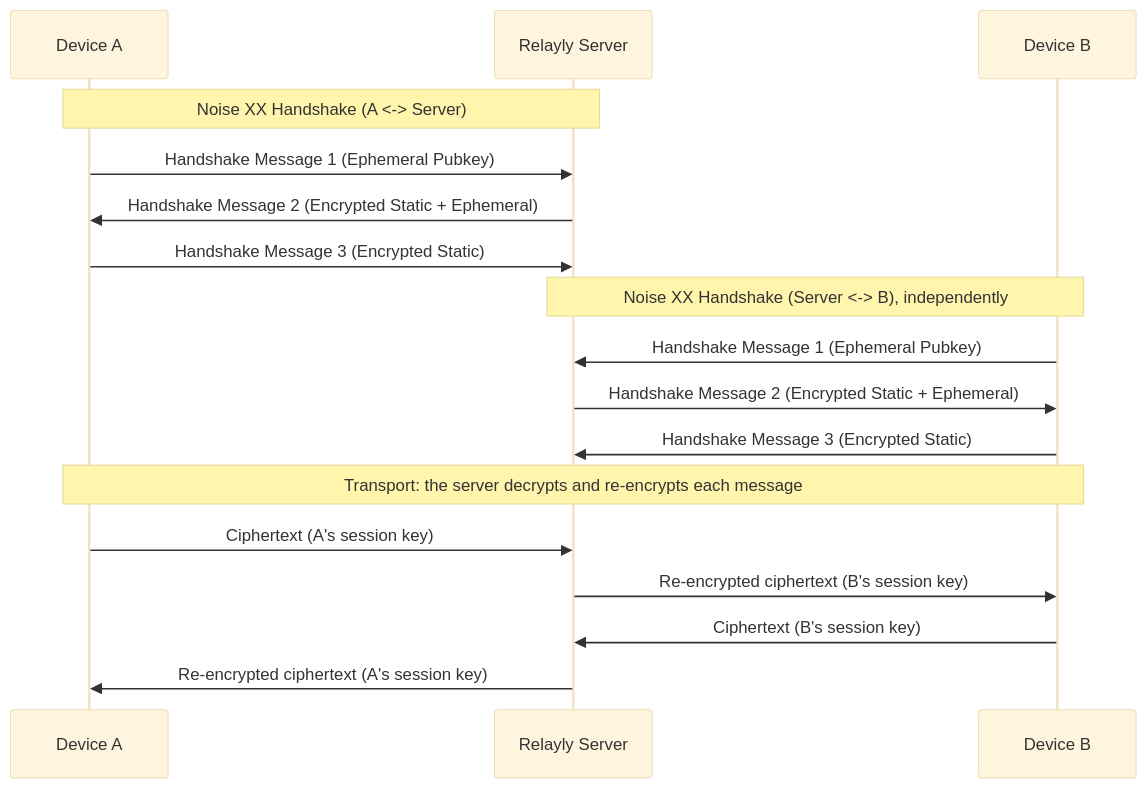
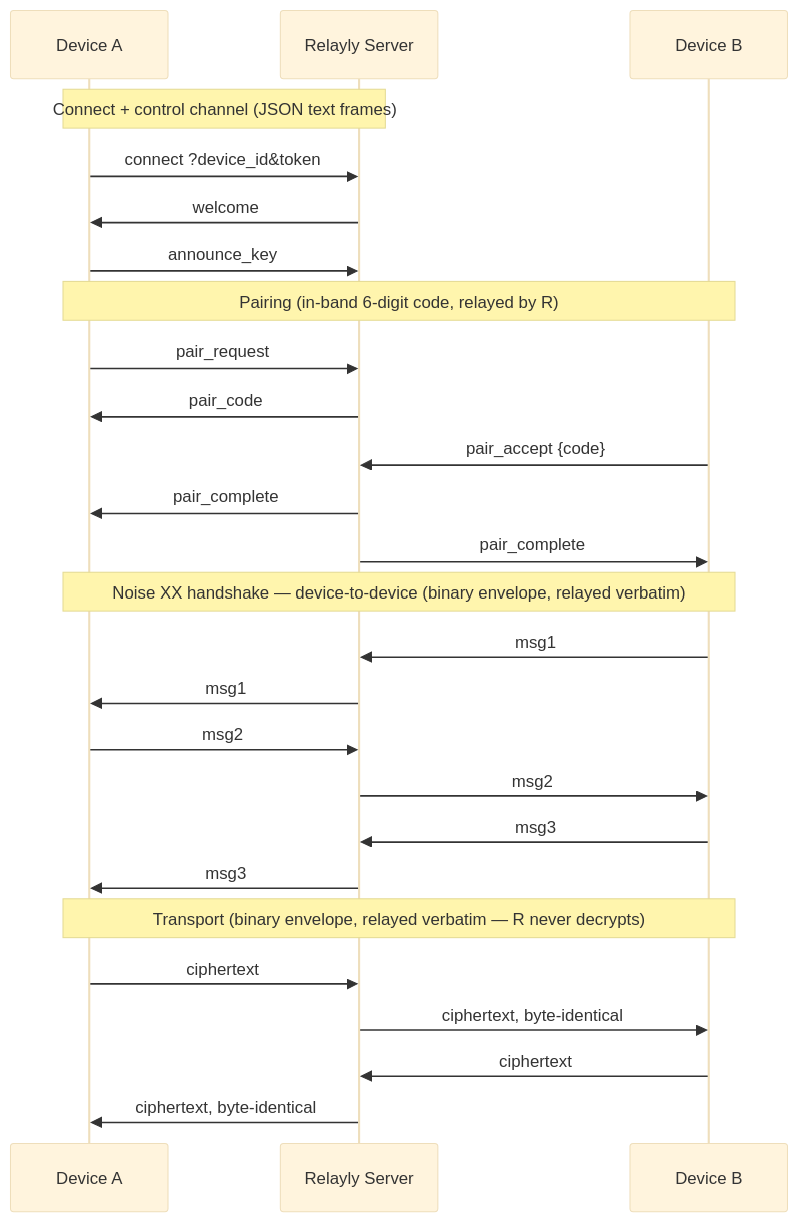
The diagram in README.md (NIKX-Tech/relayly), drawn with Mermaid (base theme) before and after one commit. The commit also changed other lines of this file and 30 other files, not shown here.

````diff
--- a/README.md
+++ b/README.md
@@ -83,22 +82,32 @@
 ```mermaid
 sequenceDiagram
     participant A as Device A
     participant R as Relayly Server
     participant B as Device B
 
-    Note over A,R: Noise XX Handshake (A <-> Server)
-    A->>R: Handshake Message 1 (Ephemeral Pubkey)
-    R->>A: Handshake Message 2 (Encrypted Static + Ephemeral)
-    A->>R: Handshake Message 3 (Encrypted Static)
+    Note over A,R: Connect + control channel (JSON text frames)
+    A->>R: connect ?device_id&token
+    R->>A: welcome
+    A->>R: announce_key
 
-    Note over R,B: Noise XX Handshake (Server <-> B), independently
-    B->>R: Handshake Message 1 (Ephemeral Pubkey)
-    R->>B: Handshake Message 2 (Encrypted Static + Ephemeral)
-    B->>R: Handshake Message 3 (Encrypted Static)
+    Note over A,B: Pairing (in-band 6-digit code, relayed by R)
+    A->>R: pair_request
+    R->>A: pair_code
+    B->>R: pair_accept {code}
+    R->>A: pair_complete
+    R->>B: pair_complete
 
-    Note over A,B: Transport: the server decrypts and re-encrypts each message
-    A->>R: Ciphertext (A's session key)
-    R->>B: Re-encrypted ciphertext (B's session key)
-    B->>R: Ciphertext (B's session key)
-    R->>A: Re-encrypted ciphertext (A's session key)
+    Note over A,B: Noise XX handshake — device-to-device (binary envelope, relayed verbatim)
+    B->>R: msg1
+    R->>A: msg1
+    A->>R: msg2
+    R->>B: msg2
+    B->>R: msg3
+    R->>A: msg3
+
+    Note over A,B: Transport (binary envelope, relayed verbatim — R never decrypts)
+    A->>R: ciphertext
+    R->>B: ciphertext, byte-identical
+    B->>R: ciphertext
+    R->>A: ciphertext, byte-identical
 ```
````
